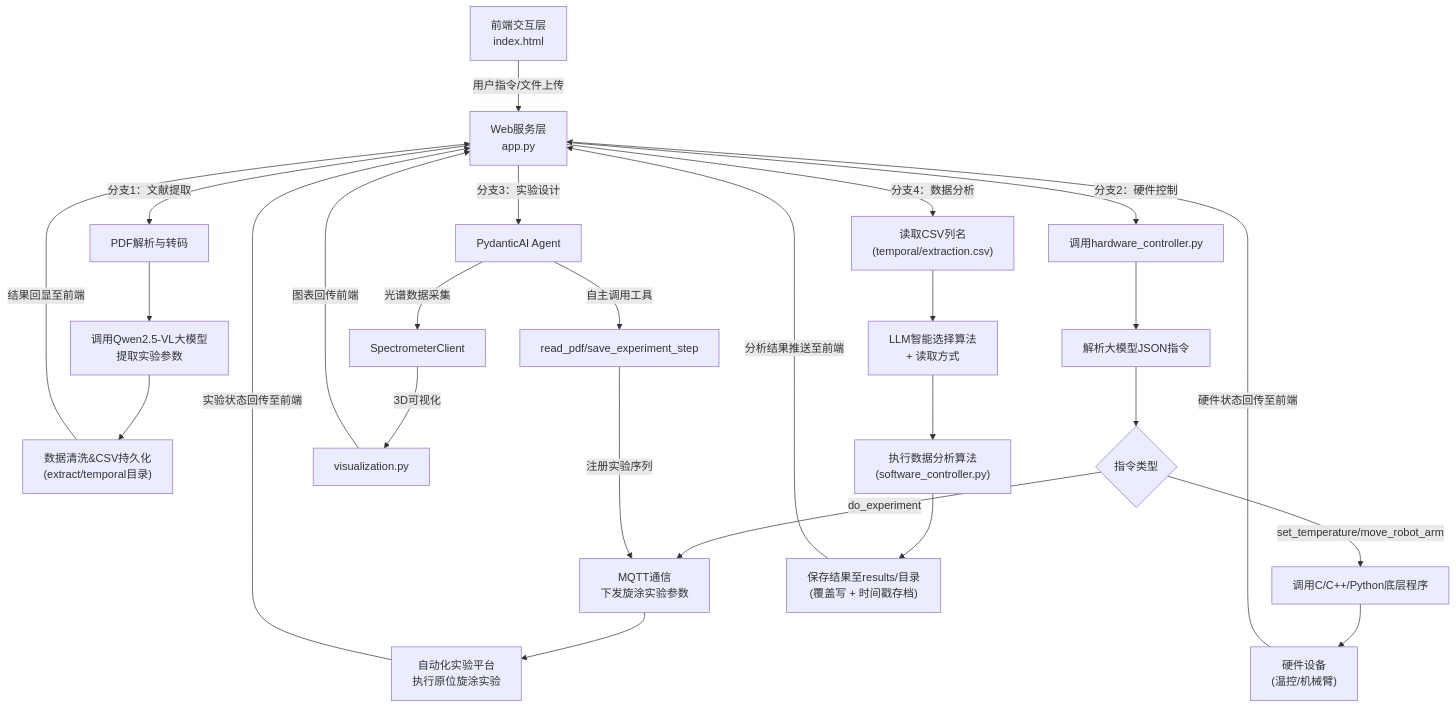
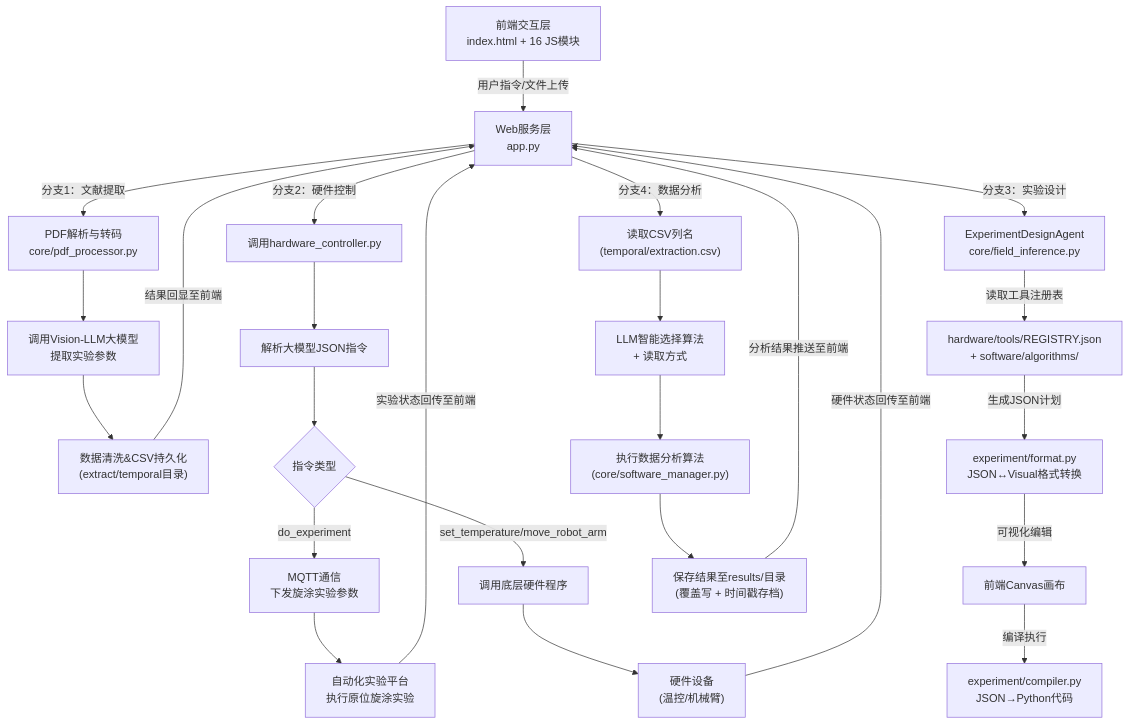
The diagram in README.md (laikaixiang/SDL_agent), drawn with Mermaid before and after one commit. The commit also changed other lines of this file and 2 other files, not shown here.

````diff
--- a/README.md
+++ b/README.md
@@ -24,39 +24,38 @@
 ```mermaid
 flowchart TD
-    A["前端交互层<br/>index.html"] -->|用户指令/文件上传| B["Web服务层<br/>app.py"]
+    A["前端交互层<br/>index.html + 16 JS模块"] -->|用户指令/文件上传| B["Web服务层<br/>app.py"]
 
     %% 文献提取分支
-    B -->|分支1：文献提取| C["PDF解析与转码"]
-    C --> D["调用Qwen2.5-VL大模型<br/>提取实验参数"]
+    B -->|分支1：文献提取| C["PDF解析与转码<br/>core/pdf_processor.py"]
+    C --> D["调用Vision-LLM大模型<br/>提取实验参数"]
     D --> E["数据清洗&CSV持久化<br/>(extract/temporal目录)"]
     E -->|结果回显至前端| B
 
     %% 硬件控制分支
     B -->|分支2：硬件控制| F["调用hardware_controller.py"]
     F --> G["解析大模型JSON指令"]
     G --> H{"指令类型"}
 
     %% 指令类型分支
     H -->|do_experiment| I["MQTT通信<br/>下发旋涂实验参数"]
     I --> K["自动化实验平台<br/>执行原位旋涂实验"]
     K -->|实验状态回传至前端| B
 
-    H -->|set_temperature/move_robot_arm| J["调用C/C++/Python底层程序"]
+    H -->|set_temperature/move_robot_arm| J["调用底层硬件程序"]
     J --> L["硬件设备<br/>(温控/机械臂)"]
     L -->|硬件状态回传至前端| B
 
-    %% 实验设计Agent分支
-    B -->|分支3：实验设计| M["PydanticAI Agent"]
-    M -->|自主调用工具| N["read_pdf/save_experiment_step"]
-    N -->|注册实验序列| I
-    M -->|光谱数据采集| O["SpectrometerClient"]
-    O -->|3D可视化| P["visualization.py"]
-    P -->|图表回传前端| B
+    %% 实验设计分支
+    B -->|分支3：实验设计| M["ExperimentDesignAgent<br/>core/field_inference.py"]
+    M -->|读取工具注册表| N["hardware/tools/REGISTRY.json<br/>+ software/algorithms/"]
+    N -->|生成JSON计划| O["experiment/format.py<br/>JSON↔Visual格式转换"]
+    O -->|可视化编辑| P["前端Canvas画布"]
+    P -->|编译执行| Q["experiment/compiler.py<br/>JSON→Python代码"]
 
     %% 数据分析分支
-    B -->|分支4：数据分析| Q["读取CSV列名<br/>(temporal/extraction.csv)"]
-    Q --> R["LLM智能选择算法<br/>+ 读取方式"]
-    R --> S["执行数据分析算法<br/>(software_controller.py)"]
-    S --> T["保存结果至results/目录<br/>(覆盖写 + 时间戳存档)"]
-    T -->|分析结果推送至前端| B
+    B -->|分支4：数据分析| R["读取CSV列名<br/>(temporal/extraction.csv)"]
+    R --> S["LLM智能选择算法<br/>+ 读取方式"]
+    S --> T["执行数据分析算法<br/>(core/software_manager.py)"]
+    T --> U["保存结果至results/目录<br/>(覆盖写 + 时间戳存档)"]
+    U -->|分析结果推送至前端| B
 ```
````
